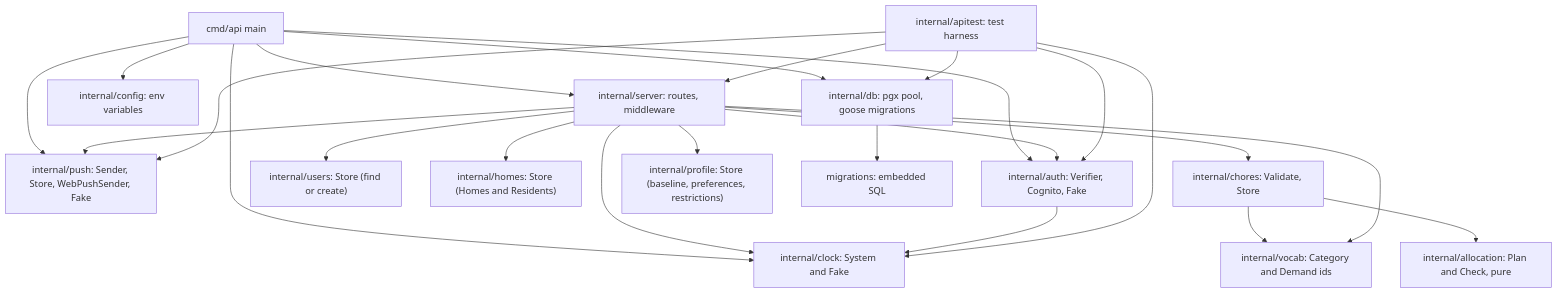
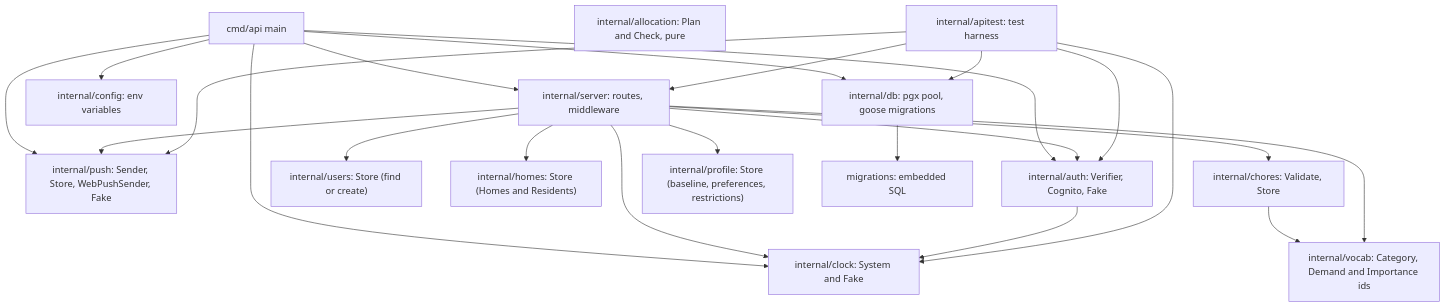
One commit to AbnerWillclefy/Homeowner changed the first of 3 diagrams in docs/architecture/backend.md. Above: the diagram before and after it, drawn with Mermaid. The commit also changed other lines of this file, not shown here.

Commit message:
docs(architecture): drop the chores to allocation edge and list Importances in vocab (#93)

````diff
--- a/docs/architecture/backend.md
+++ b/docs/architecture/backend.md
@@ -16,42 +16,41 @@
 ```mermaid
 flowchart TD
     main["cmd/api main"]
     server["internal/server: routes, middleware"]
     config["internal/config: env variables"]
     db["internal/db: pgx pool, goose migrations"]
     clock["internal/clock: System and Fake"]
     push["internal/push: Sender, Store, WebPushSender, Fake"]
     auth["internal/auth: Verifier, Cognito, Fake"]
     users["internal/users: Store (find or create)"]
     homes["internal/homes: Store (Homes and Residents)"]
     chores["internal/chores: Validate, Store"]
     profile["internal/profile: Store (baseline, preferences, restrictions)"]
-    vocab["internal/vocab: Category and Demand ids"]
+    vocab["internal/vocab: Category, Demand and Importance ids"]
     mig["migrations: embedded SQL"]
     alloc["internal/allocation: Plan and Check, pure"]
     apitest["internal/apitest: test harness"]
 
     main --> config
     main --> db
     main --> server
     main --> clock
     main --> push
     main --> auth
     server --> clock
     server --> push
     server --> auth
     server --> users
     server --> homes
     server --> profile
     server --> chores
     chores --> vocab
-    chores --> alloc
     server --> vocab
     auth --> clock
     apitest --> push
     apitest --> auth
     db --> mig
     apitest --> server
     apitest --> db
     apitest --> clock
 ```
````
